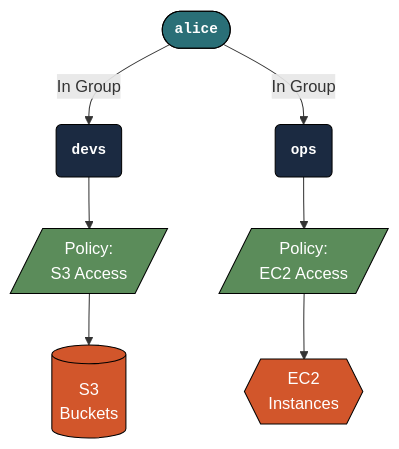
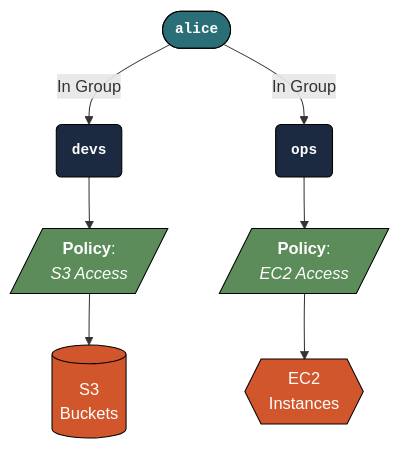
The fourth of 8 diagrams in start-aws.qmd (mjfrigaard/do4ds-labs), drawn with Mermaid before and after one commit. The commit also changed other lines of this file and 57 other files, not shown here.

````diff
--- a/start-aws.qmd
+++ b/start-aws.qmd
@@ -242,31 +189,31 @@
 ```{mermaid}
 %%| fig-cap: ‘Multiple IAM groups’
 %%| fig-width: 7.0
 %%| fig-align: 'center'
 %%{init: {‘theme’: ‘base’, ‘themeVariables’: {‘fontFamily’: ‘monospace’}}}%%
 
 
 graph TD
 
     Users(["<strong>alice</strong>"]) --"In Group"--> DevGroup("<strong>devs</strong>")
     Users --"In Group"--> OpsGroup("<strong>ops</strong>")
 
-    DevGroup --> S3Policy[/"Policy:<br>S3 Access"/]
-    OpsGroup --> EC2Policy[/"Policy:<br>EC2 Access"/]
+    DevGroup --> S3Policy[/"<strong>Policy</strong>:<br><em>S3 Access</em>"/]
+    OpsGroup --> EC2Policy[/"<strong>Policy</strong>:<br><em>EC2 Access</em>"/]
 
     S3Policy --> S3[("S3<br>Buckets")]
     EC2Policy --> EC2{{"EC2<br>Instances"}}
     
     
     style Users fill:#2A6F77,stroke:#000000,stroke-width:1px,font-size:14px,text-align:center,font-family:monospace,color:#ffffff
     
     style DevGroup fill:#1B2A41,stroke:#000000,stroke-width:1px,font-size:14px,text-align:center,font-family:monospace,color:#ffffff
     style OpsGroup fill:#1B2A41,stroke:#000000,stroke-width:1px,font-size:14px,text-align:center,font-family:monospace,color:#ffffff
     
     style S3Policy fill:#5B8C5A,stroke:#000000,stroke-width:1px,color:#ffffff
     style EC2Policy fill:#5B8C5A,stroke:#000000,stroke-width:1px,color:#ffffff
 
     style S3 fill:#D2562B,stroke:#000000,stroke-width:1px,color:#ffffff
     style EC2 fill:#D2562B,stroke:#000000,stroke-width:1px,color:#ffffff
     
 ```
````
